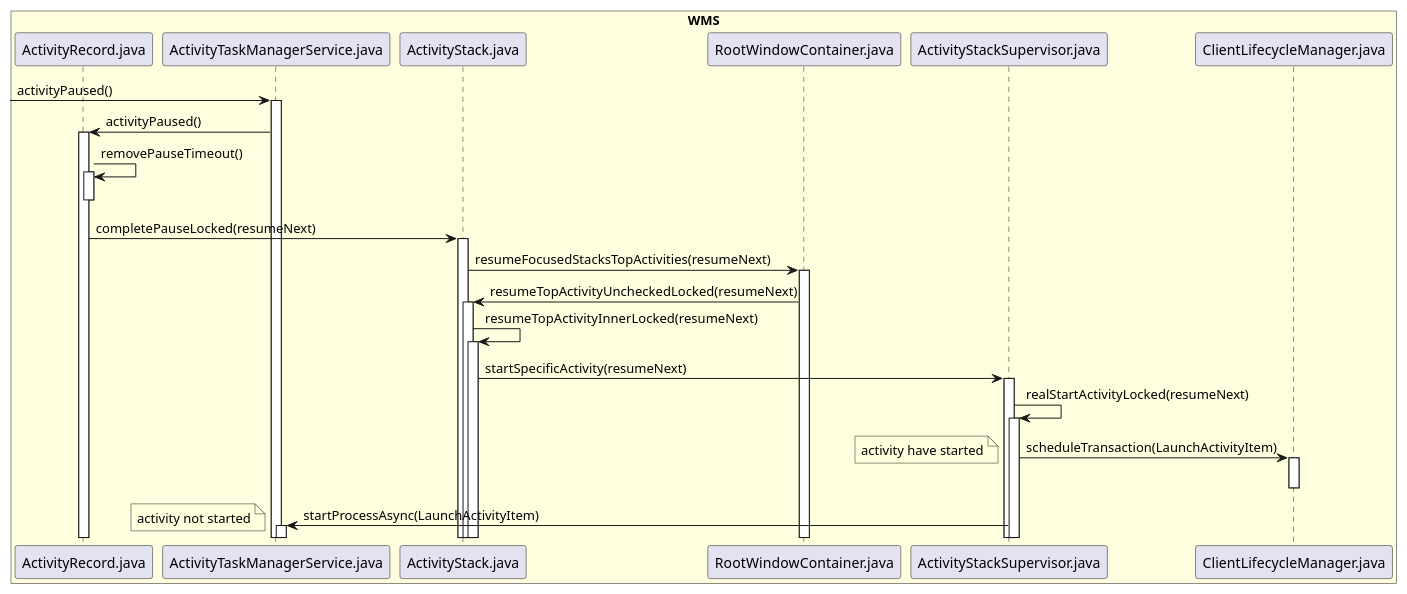
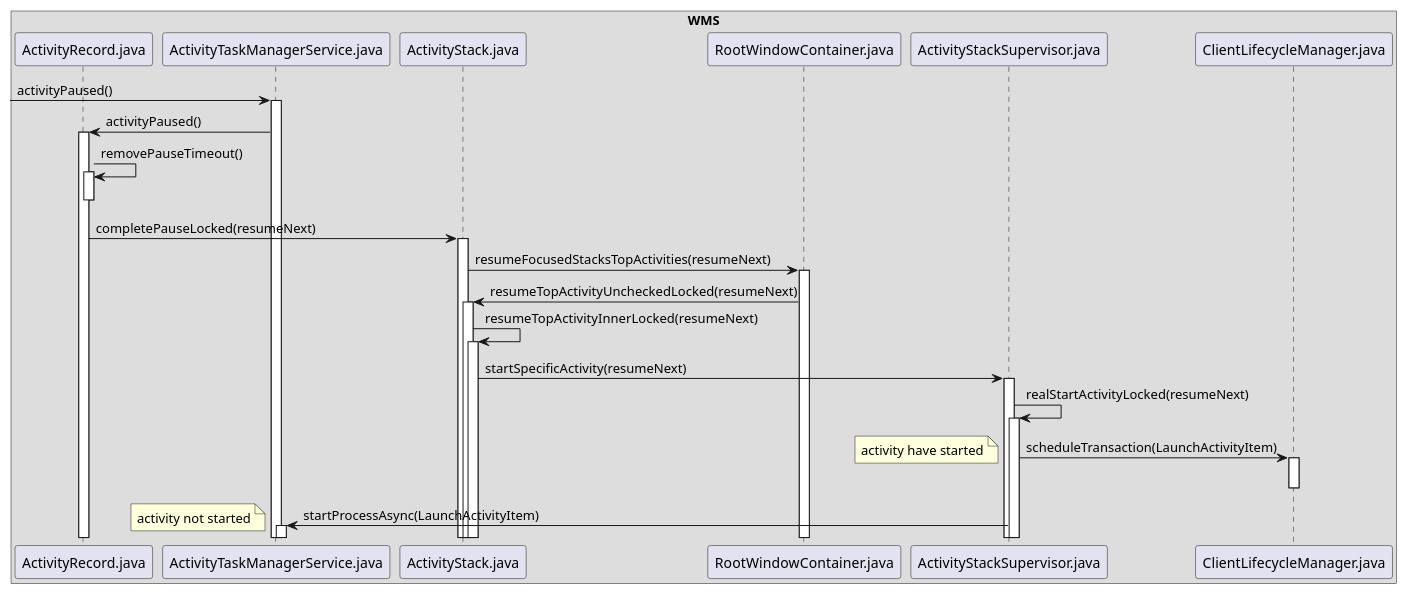
The diagram in android11/startactivity/startActivity_3.0.0.0.puml (javalive09/UML), drawn with PlantUML before and after one commit. The commit also changed 52 other files, not shown here.

Commit message:
update uml

```diff
--- a/android11/startactivity/startActivity_3.0.0.0.puml
+++ b/android11/startactivity/startActivity_3.0.0.0.puml
@@ -1,46 +1,46 @@
 @startuml
 
-box "WMS"  #LightYellow
+box "WMS"
 participant ActivityRecord.java
 participant ActivityTaskManagerService.java
 participant ActivityStack.java
 participant RootWindowContainer.java
 participant ActivityStackSupervisor.java
 participant ClientLifecycleManager.java
 
 end box
 
  -> ActivityTaskManagerService.java: activityPaused()
 activate ActivityTaskManagerService.java
 ActivityTaskManagerService.java -> ActivityRecord.java: activityPaused()
 activate ActivityRecord.java
 ActivityRecord.java -> ActivityRecord.java: removePauseTimeout()
 activate ActivityRecord.java
 deactivate ActivityRecord.java
 ActivityRecord.java -> ActivityStack.java: completePauseLocked(resumeNext)
 activate ActivityStack.java
 ActivityStack.java -> RootWindowContainer.java: resumeFocusedStacksTopActivities(resumeNext)
 activate RootWindowContainer.java
 RootWindowContainer.java -> ActivityStack.java: resumeTopActivityUncheckedLocked(resumeNext)
 activate ActivityStack.java
 
 ActivityStack.java -> ActivityStack.java: resumeTopActivityInnerLocked(resumeNext)
 activate ActivityStack.java
 
 ActivityStack.java -> ActivityStackSupervisor.java: startSpecificActivity(resumeNext)
 activate ActivityStackSupervisor.java
 
 ActivityStackSupervisor.java -> ActivityStackSupervisor.java: realStartActivityLocked(resumeNext)
 activate ActivityStackSupervisor.java
 
 ActivityStackSupervisor.java -> ClientLifecycleManager.java: scheduleTransaction(LaunchActivityItem)
 activate ClientLifecycleManager.java
 deactivate ClientLifecycleManager.java
 note left: activity have started
 
 ActivityStackSupervisor.java -> ActivityTaskManagerService.java: startProcessAsync(LaunchActivityItem)
 activate ActivityTaskManagerService.java
 note left: activity not started
 
 
 @enduml
```
